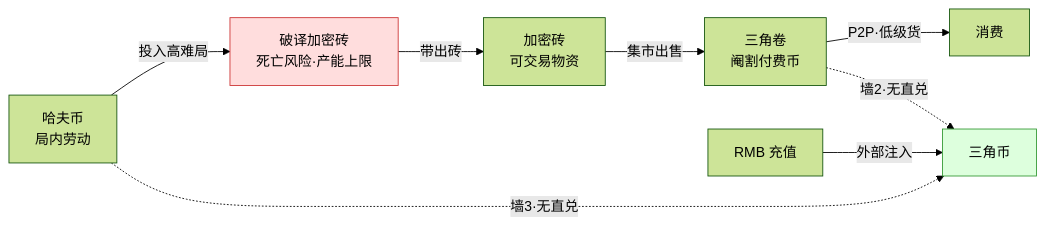
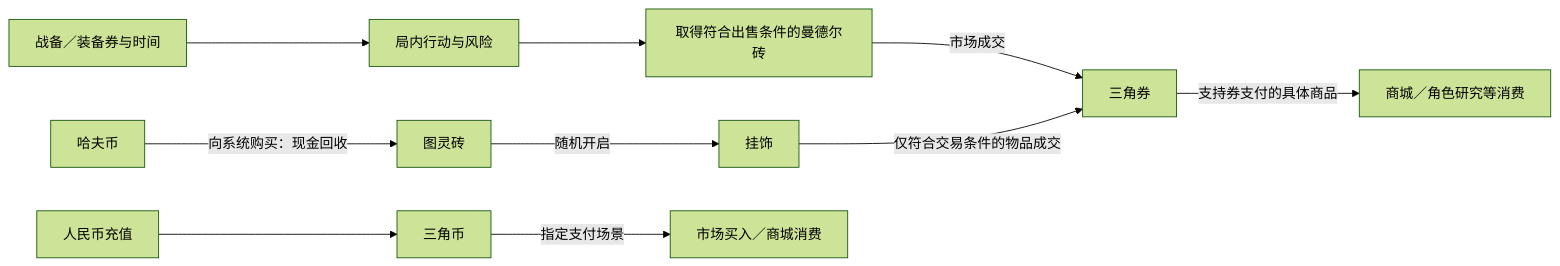
One commit to KSLJawa/GMDSer changed the diagram in 通过”搬砖“赚取三角卷MERMAID.md. Above: the diagram before and after it, drawn with Mermaid (forest theme). The commit also changed other lines of this file and 32 other files, not shown here.

````diff
--- a/通过”搬砖“赚取三角卷MERMAID.md
+++ b/通过”搬砖“赚取三角卷MERMAID.md
@@ -1,14 +5,12 @@
 ```mermaid
-graph LR
-    H["哈夫币<br/>局内劳动"] -->|"投入高难局"| RISK["破译加密砖<br/>死亡风险·产能上限"]
-    RISK -->|"带出砖"| BRICK["加密砖<br/>可交易物资"]
-    BRICK -->|"集市出售"| J["三角卷<br/>阉割付费币"]
-    J -->|"P2P·低级货"| USE["消费"]
-
-    H -.->|"墙3·无直兑"| T["三角币"]
-    J -.->|"墙2·无直兑"| T
-    PAY["RMB 充值"] -->|"外部注入"| T
-
-    style RISK fill:#ffdddd,stroke:#cc3333
-    style T fill:#ddffdd,stroke:#339933
+flowchart LR
+    GEAR["战备／装备券与时间"] --> RUN["局内行动与风险"]
+    RUN --> MB["取得符合出售条件的曼德尔砖"]
+    MB -->|"市场成交"| TICKET["三角券"]
+    HF["哈夫币"] -->|"向系统购买：现金回收"| TL["图灵砖"]
+    TL -->|"随机开启"| CHARM["挂饰"]
+    CHARM -->|"仅符合交易条件的物品成交"| TICKET
+    TICKET -->|"支持券支付的具体商品"| STORE["商城／角色研究等消费"]
+    PAY["人民币充值"] --> DC["三角币"]
+    DC -->|"指定支付场景"| MARKET["市场买入／商城消费"]
 ```
````
